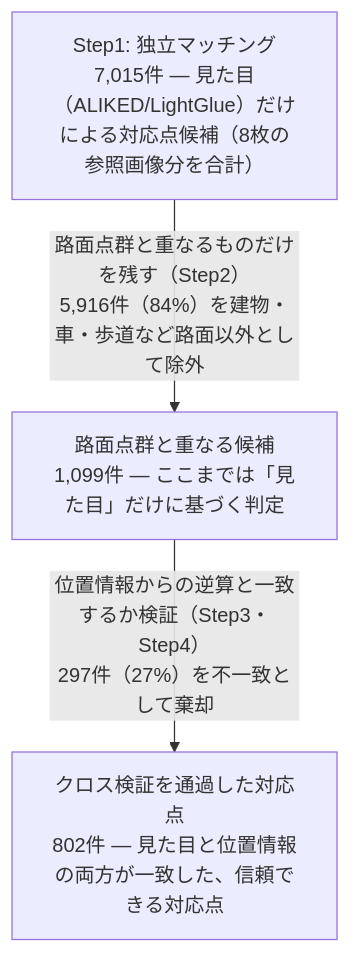
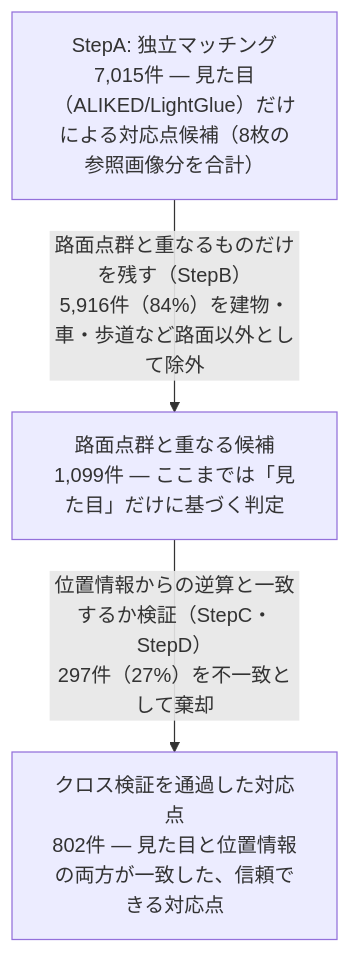
Before and after one commit to iwanelab/LensCalibration: the second of 4 diagrams in README.md, drawn with Mermaid. The commit also changed other lines of this file, not shown here.

First line of the commit message:
Rename Step1-4 to StepA-D to avoid confusion with Stage numbers

````diff
--- a/README.md
+++ b/README.md
@@ -229,5 +232,5 @@
 ```mermaid
 graph TD
-    A["Step1: 独立マッチング<br/>7,015件 — 見た目（ALIKED/LightGlue）だけによる対応点候補（8枚の参照画像分を合計）"] -->|路面点群と重なるものだけを残す（Step2）<br/>5,916件（84%）を建物・車・歩道など路面以外として除外| B["路面点群と重なる候補<br/>1,099件 — ここまでは「見た目」だけに基づく判定"]
-    B -->|位置情報からの逆算と一致するか検証（Step3・Step4）<br/>297件（27%）を不一致として棄却| C["クロス検証を通過した対応点<br/>802件 — 見た目と位置情報の両方が一致した、信頼できる対応点"]
+    A["StepA: 独立マッチング<br/>7,015件 — 見た目（ALIKED/LightGlue）だけによる対応点候補（8枚の参照画像分を合計）"] -->|路面点群と重なるものだけを残す（StepB）<br/>5,916件（84%）を建物・車・歩道など路面以外として除外| B["路面点群と重なる候補<br/>1,099件 — ここまでは「見た目」だけに基づく判定"]
+    B -->|位置情報からの逆算と一致するか検証（StepC・StepD）<br/>297件（27%）を不一致として棄却| C["クロス検証を通過した対応点<br/>802件 — 見た目と位置情報の両方が一致した、信頼できる対応点"]
 ```
````
